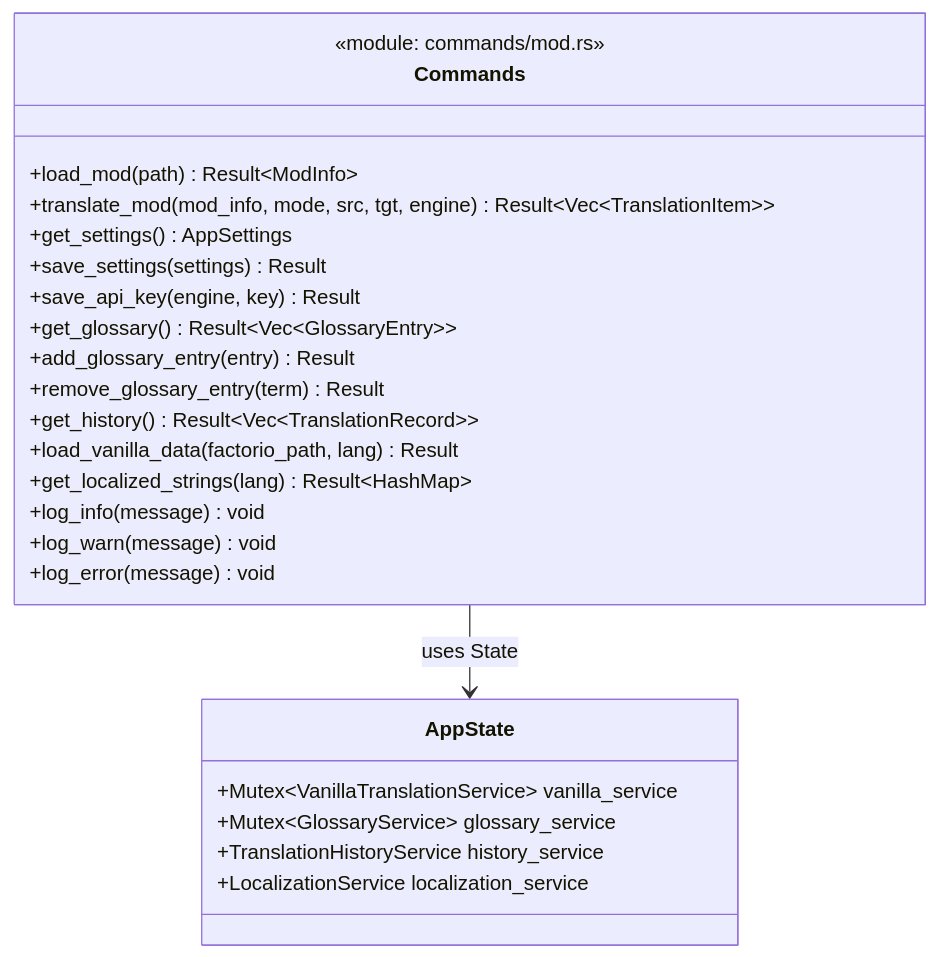
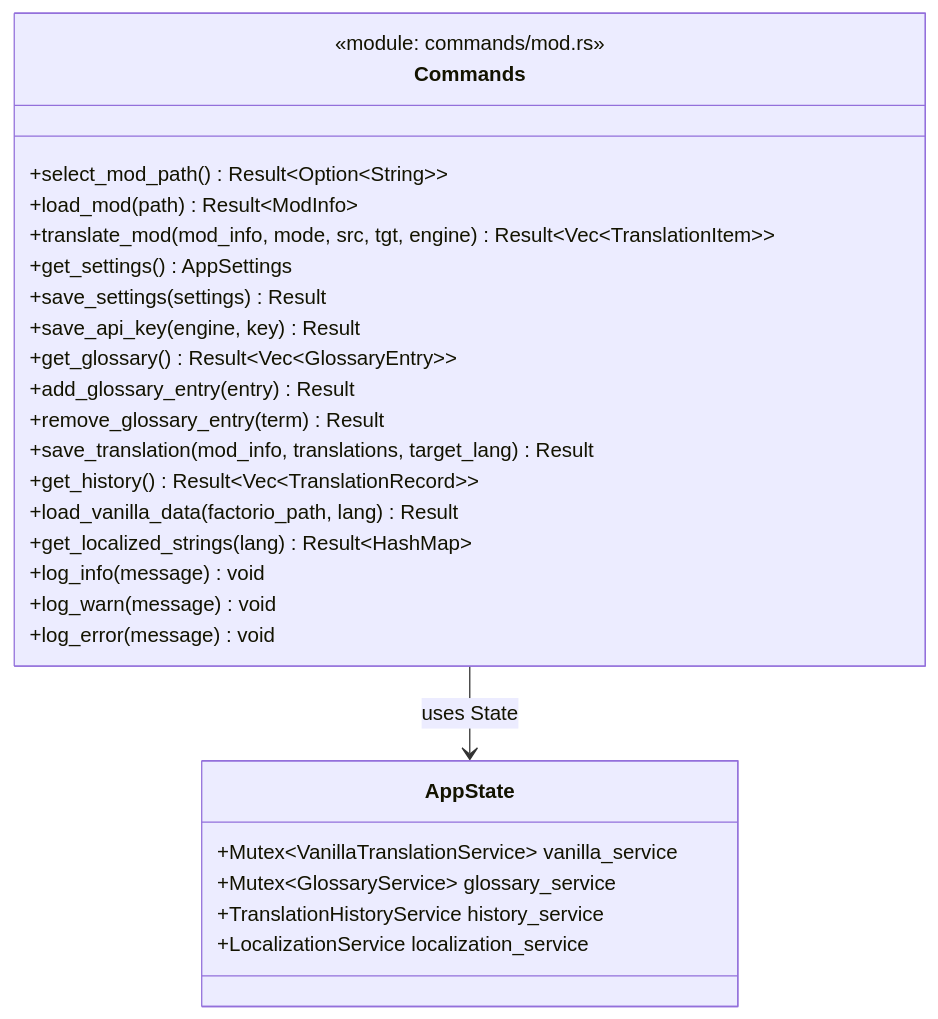
One commit to taisuk46/FactorioModTranslator changed the fourth of 11 diagrams in docs/design_document.md. Above: the diagram before and after it, drawn with Mermaid. The commit also changed other lines of this file and 6 other files, not shown here.

````diff
--- a/docs/design_document.md
+++ b/docs/design_document.md
@@ -582,31 +589,33 @@
 ```mermaid
 classDiagram
     direction TB
 
     class AppState {
         +Mutex~VanillaTranslationService~ vanilla_service
         +Mutex~GlossaryService~ glossary_service
         +TranslationHistoryService history_service
         +LocalizationService localization_service
     }
 
     class Commands {
         <<module: commands/mod.rs>>
+        +select_mod_path() Result~Option~String~~
         +load_mod(path) Result~ModInfo~
         +translate_mod(mod_info, mode, src, tgt, engine) Result~Vec~TranslationItem~~
         +get_settings() AppSettings
         +save_settings(settings) Result
         +save_api_key(engine, key) Result
         +get_glossary() Result~Vec~GlossaryEntry~~
         +add_glossary_entry(entry) Result
         +remove_glossary_entry(term) Result
+        +save_translation(mod_info, translations, target_lang) Result
         +get_history() Result~Vec~TranslationRecord~~
         +load_vanilla_data(factorio_path, lang) Result
         +get_localized_strings(lang) Result~HashMap~
         +log_info(message) void
         +log_warn(message) void
         +log_error(message) void
     }
 
     Commands --> AppState : uses State
 ```
````
